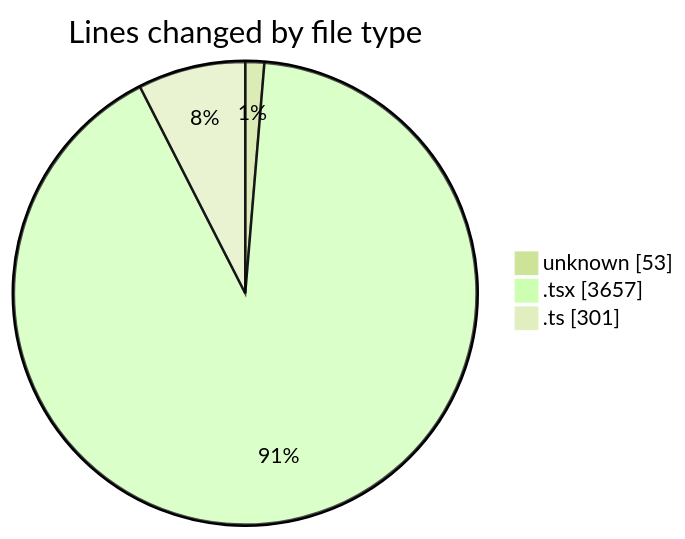
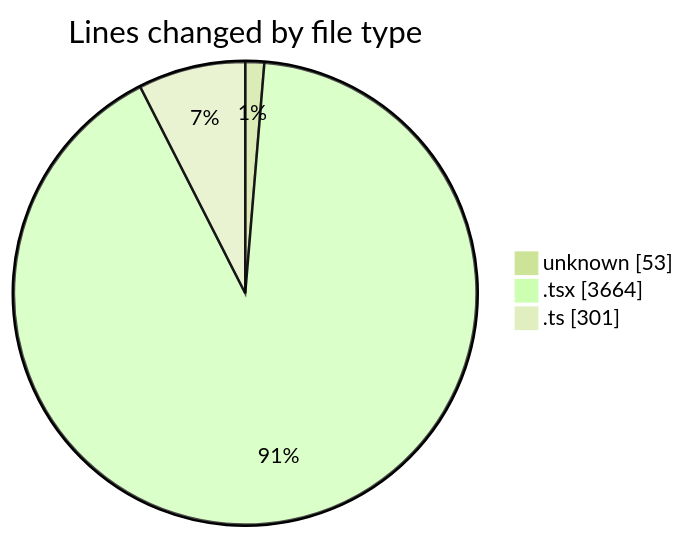
The first of 2 diagrams in 2026-01-28/cda/README.md (momahboobian/code-tracking), drawn with Mermaid (forest theme) before and after one commit. The commit also changed other lines of this file and 1 other file, not shown here.

````diff
--- a/2026-01-28/cda/README.md
+++ b/2026-01-28/cda/README.md
@@ -23,7 +23,7 @@
 ```mermaid
 pie showData
 title Lines changed by file type
 "unknown" : 53
-".tsx" : 3657
+".tsx" : 3664
 ".ts" : 301
 ```
````
